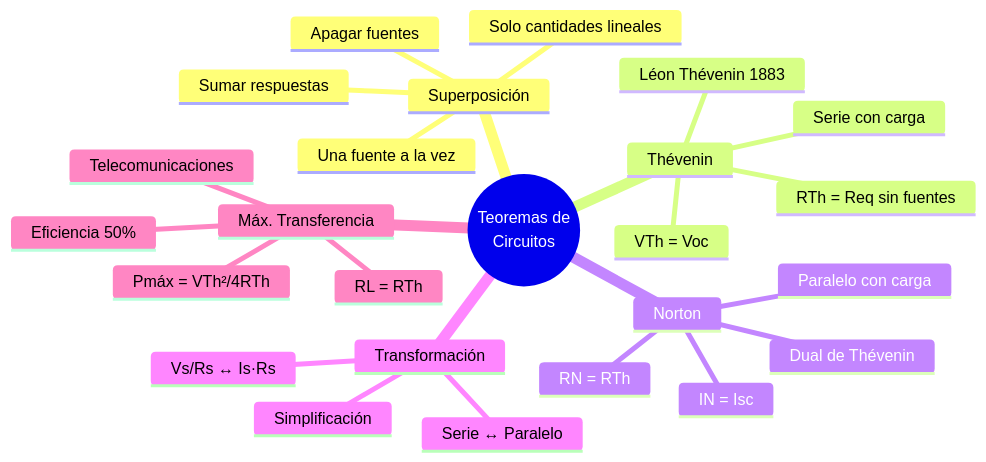
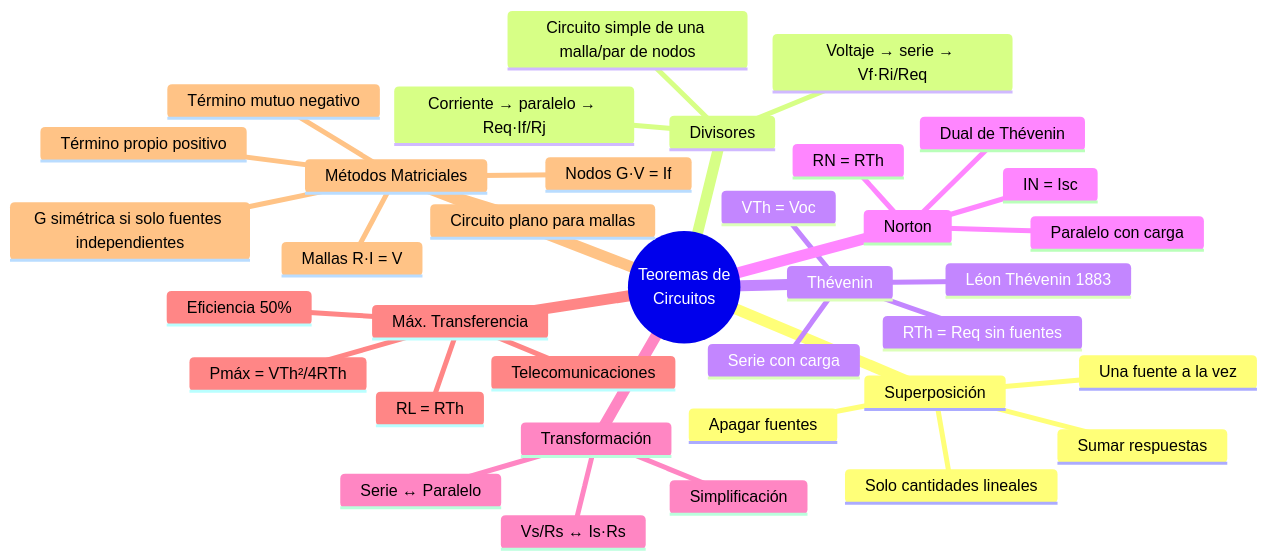
Before and after one commit to Fsteven22/Notas-de-Universidad-Freddy-Sanchez-: the diagram in Universidad/3er Semestre/Fundamentos de Electricidad y Sistemas Digitales/Teórico/Unidad 1 - Electricidad y Circuitos/06 - Teoremas de Analisis de Circuitos.md, drawn with Mermaid. The commit also changed other lines of this file and 16 other files, not shown here.

````diff
--- a/Universidad/3er Semestre/Fundamentos de Electricidad y Sistemas Digitales/Teórico/Unidad 1 - Electricidad y Circuitos/06 - Teoremas de Analisis de Circuitos.md
+++ b/Universidad/3er Semestre/Fundamentos de Electricidad y Sistemas Digitales/Teórico/Unidad 1 - Electricidad y Circuitos/06 - Teoremas de Analisis de Circuitos.md
@@ -360,28 +556,39 @@
 ```mermaid
 mindmap
   root((Teoremas de<br/>Circuitos))
     Superposición
       Una fuente a la vez
       Apagar fuentes
       Sumar respuestas
       Solo cantidades lineales
+    Divisores
+      Voltaje → serie → Vf·Ri/Req
+      Corriente → paralelo → Req·If/Rj
+      Circuito simple de una malla/par de nodos
     Thévenin
       VTh = Voc
       RTh = Req sin fuentes
       Serie con carga
       Léon Thévenin 1883
     Norton
       IN = Isc
       RN = RTh
       Paralelo con carga
       Dual de Thévenin
     Transformación
       Vs/Rs ↔ Is·Rs
       Serie ↔ Paralelo
       Simplificación
     Máx. Transferencia
       RL = RTh
       Pmáx = VTh²/4RTh
       Eficiencia 50%
       Telecomunicaciones
+    Métodos Matriciales
+      Mallas R·I = V
+      Nodos G·V = If
+      Término propio positivo
+      Término mutuo negativo
+      G simétrica si solo fuentes independientes
+      Circuito plano para mallas
 ```
````
